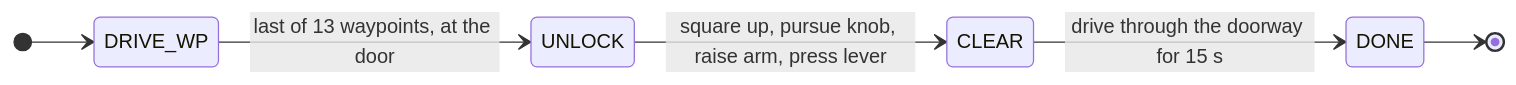
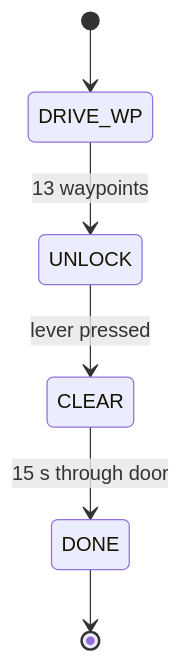
One commit to kylevirtuous1211/Robot-navigation-projects changed the fourth of 4 diagrams in Final_Project/README.md. Above: the diagram before and after it, drawn with Mermaid. The commit also changed other lines of this file, not shown here.

First line of the commit message:
docs(Final_Project): lay out the diagrams top-down so they stay readable

````diff
--- a/Final_Project/README.md
+++ b/Final_Project/README.md
@@ -80,9 +80,8 @@
 ```mermaid
 stateDiagram-v2
-  direction LR
   [*] --> DRIVE_WP
-  DRIVE_WP --> UNLOCK: last of 13 waypoints, at the door
-  UNLOCK --> CLEAR: square up, pursue knob, raise arm, press lever
-  CLEAR --> DONE: drive through the doorway for 15 s
+  DRIVE_WP --> UNLOCK: 13 waypoints
+  UNLOCK --> CLEAR: lever pressed
+  CLEAR --> DONE: 15 s through door
   DONE --> [*]
 ```
````
